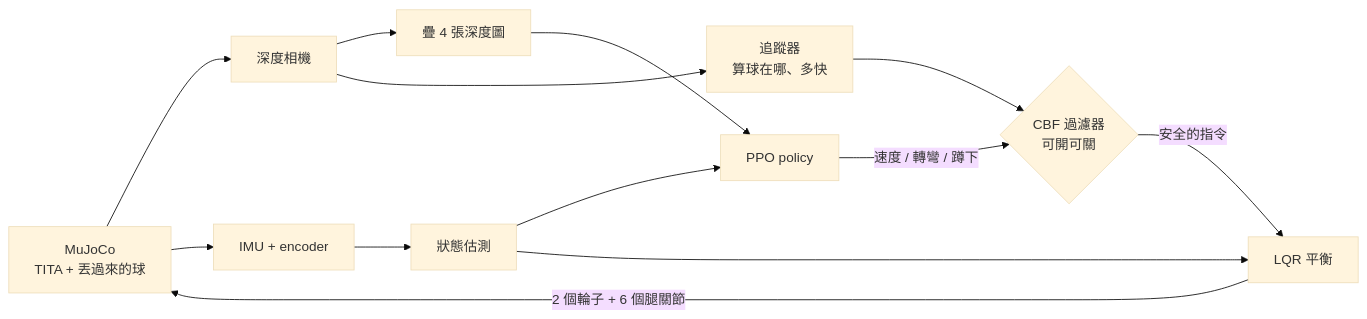
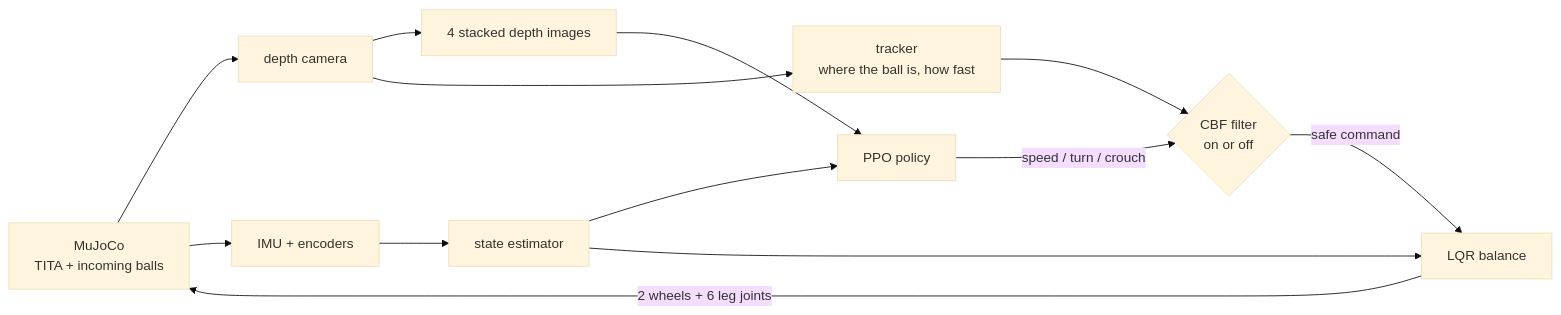
The diagram in README.md (Hemlock-white/mini-pacman), drawn with Mermaid (base theme) before and after one commit. The commit also changed other lines of this file and 30 other files, not shown here.

````diff
--- a/README.md
+++ b/README.md
@@ -7,15 +7,15 @@
 ```mermaid
 flowchart LR
-    sim["MuJoCo<br/>TITA + 丟過來的球"] --> cam["深度相機"]
-    sim --> imu["IMU + encoder"]
-    cam --> depth["疊 4 張深度圖"]
-    cam --> trk["追蹤器<br/>算球在哪、多快"]
-    imu --> est["狀態估測"]
+    sim["MuJoCo<br/>TITA + incoming balls"] --> cam["depth camera"]
+    sim --> imu["IMU + encoders"]
+    cam --> depth["4 stacked depth images"]
+    cam --> trk["tracker<br/>where the ball is, how fast"]
+    imu --> est["state estimator"]
     depth --> ppo["PPO policy"]
     est --> ppo
-    ppo -- "速度 / 轉彎 / 蹲下" --> cbf{"CBF 過濾器<br/>可開可關"}
+    ppo -- "speed / turn / crouch" --> cbf{"CBF filter<br/>on or off"}
     trk --> cbf
-    cbf -- "安全的指令" --> lqr["LQR 平衡"]
+    cbf -- "safe command" --> lqr["LQR balance"]
     est --> lqr
-    lqr -- "2 個輪子 + 6 個腿關節" --> sim
+    lqr -- "2 wheels + 6 leg joints" --> sim
 ```
````
